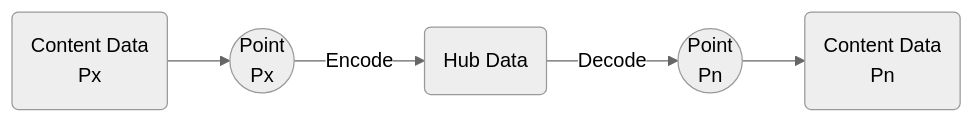
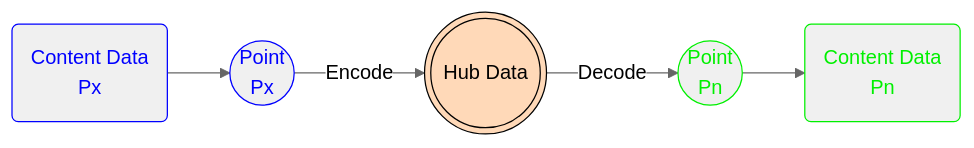
Before and after one commit to eenti-utils/xl8r: the second of 3 diagrams in README.md, drawn with Mermaid (neutral theme). The commit also changed other lines of this file, not shown here.

````diff
--- a/README.md
+++ b/README.md
@@ -40,7 +48,13 @@
 ```mermaid
 graph LR
-  D1(Content Data<br>Px) --> A((Point<br>Px))
-  A((Point<br>Px)) -- Encode --> H(Hub Data)
-  H(Hub Data) -- Decode --> C((Point<br>Pn))
-  C((Point<br>Pn)) --> D2(Content Data<br>Pn)
+  Dx(Content Data<br>Px) --> X((Point<br>Px))
+  X -- Encode --> H(((Hub Data)))
+  H -- Decode --> N((Point<br>Pn))
+  N --> Dn(Content Data<br>Pn)
+
+  style H fill:#FFD9B8,stroke:black,color:black
+  style Dx fill:#F0F0F0,stroke:#0000FF,color:#0000FF
+  style X fill:#F0F0F0,stroke:#0000FF,color:#0000FF
+  style N fill:#F0F0F0,stroke:#00F000,color:#00F000
+  style Dn fill:#F0F0F0,stroke:#00F000,color:#00F000
 ```
````
